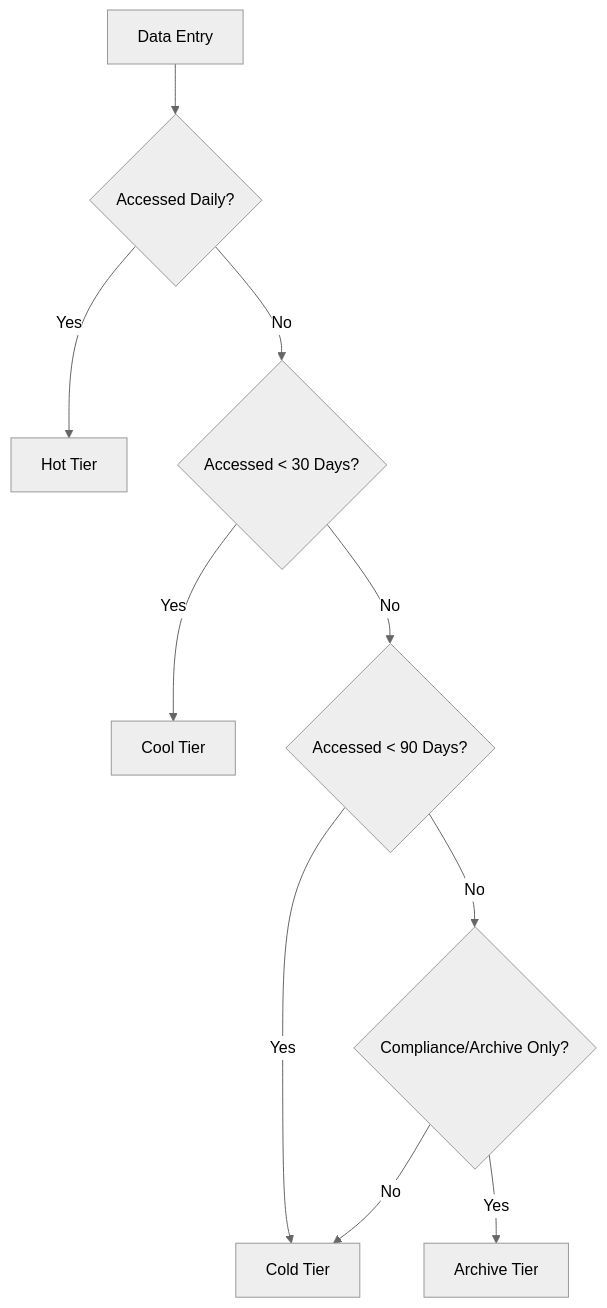
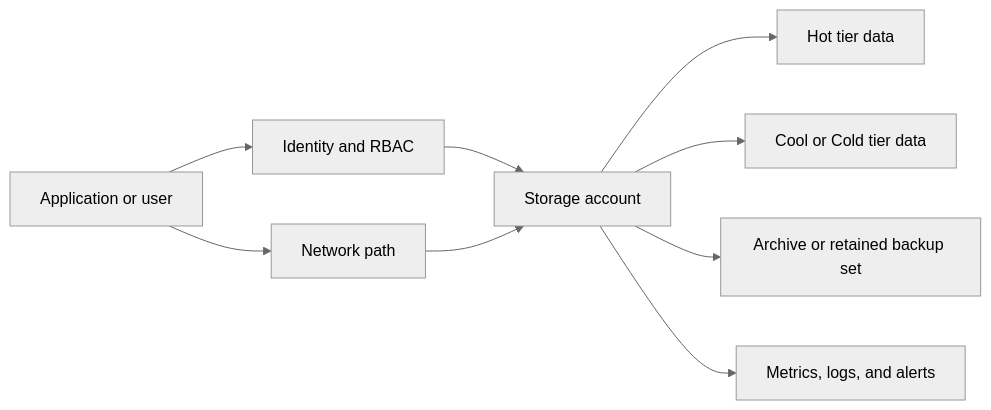
The second of 2 diagrams in docs/best-practices/blob-best-practices.md (yeongseon/azure-storage-practical-guide), drawn with Mermaid (neutral theme) before and after one commit. The commit also changed other lines of this file and 26 other files, not shown here.

````diff
--- a/docs/best-practices/blob-best-practices.md
+++ b/docs/best-practices/blob-best-practices.md
@@ -18,12 +401,11 @@
 ```mermaid
-graph TD
-    A[Data Entry] --> B{Accessed Daily?}
-    B -->|Yes| C[Hot Tier]
-    B -->|No| D{Accessed < 30 Days?}
-    D -->|Yes| E[Cool Tier]
-    D -->|No| F{Accessed < 90 Days?}
-    F -->|Yes| G[Cold Tier]
-    F -->|No| H{Compliance/Archive Only?}
-    H -->|Yes| I[Archive Tier]
-    H -->|No| G
+flowchart LR
+    A[Application or user] --> B[Identity and RBAC]
+    A --> C[Network path]
+    B --> D[Storage account]
+    C --> D
+    D --> E[Hot tier data]
+    D --> F[Cool or Cold tier data]
+    D --> G[Archive or retained backup set]
+    D --> H[Metrics, logs, and alerts]
 ```
````
